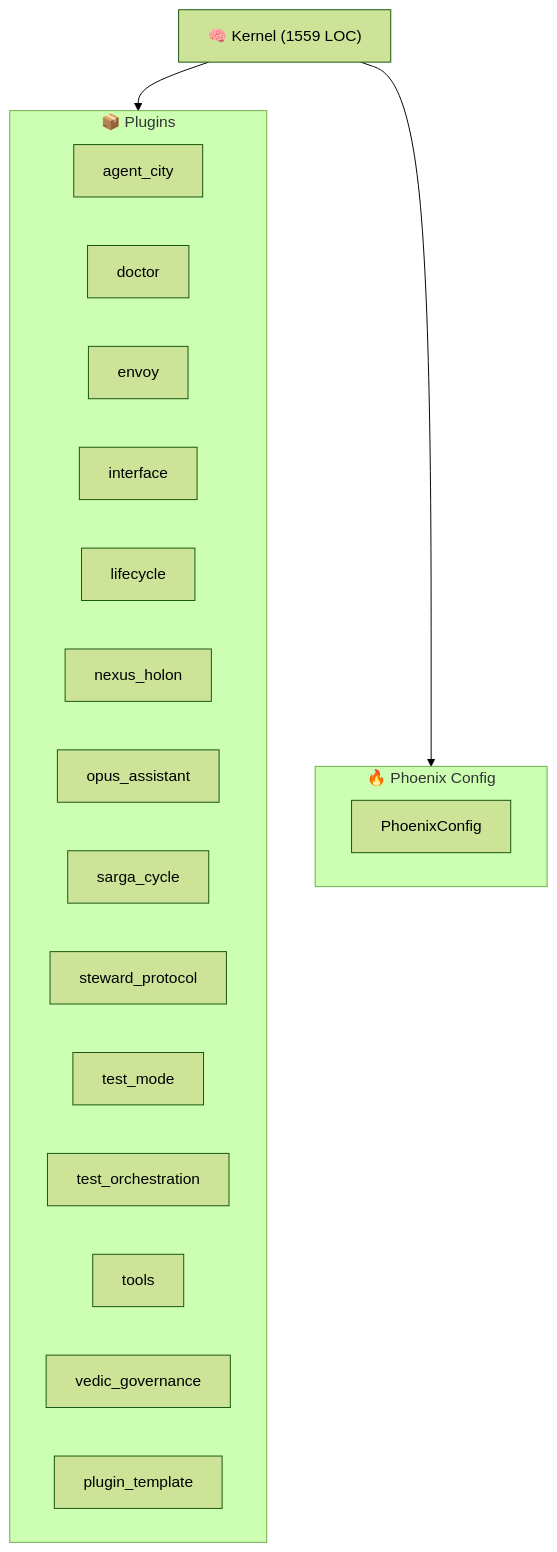
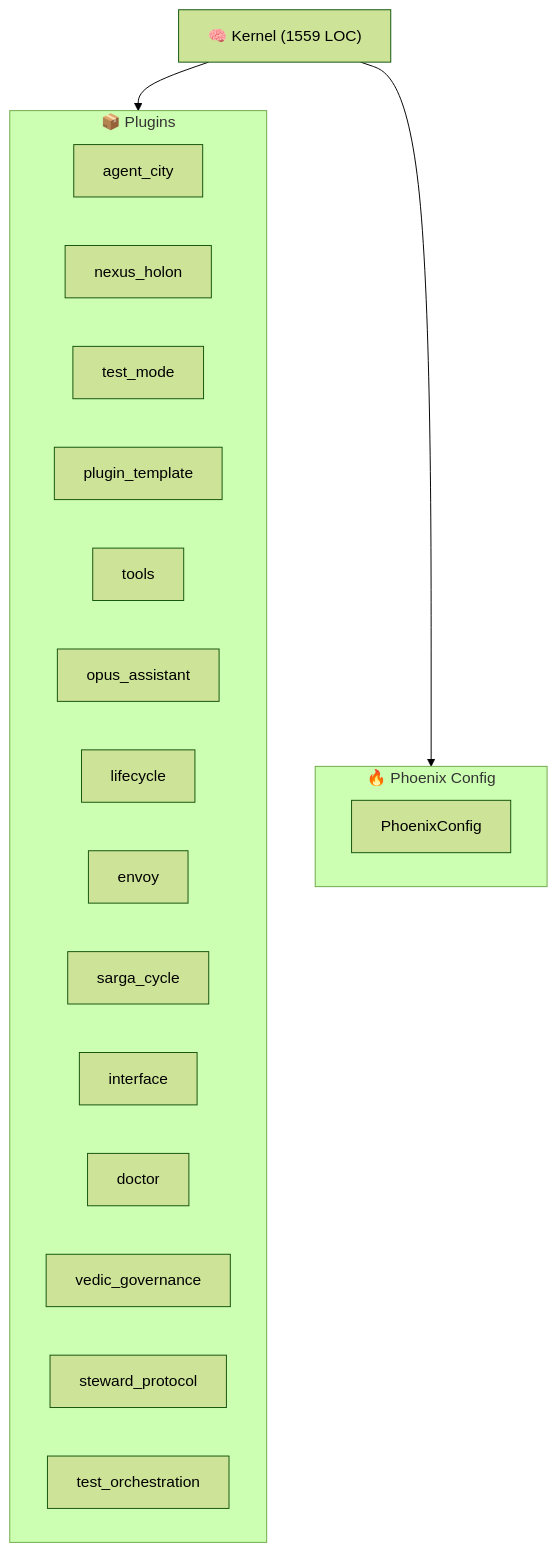
One commit to kimeisele/steward-protocol changed the diagram in ARCHITECTURE.md. Above: the diagram before and after it, drawn with Mermaid (forest theme). The commit also changed other lines of this file and 13 other files, not shown here.

````diff
--- a/ARCHITECTURE.md
+++ b/ARCHITECTURE.md
@@ -8,25 +8,25 @@
 ```mermaid
 graph TB
     K["🧠 Kernel (1559 LOC)"]
     subgraph Plugins["📦 Plugins"]
         P_agent_city["agent_city"]
+        P_nexus_holon["nexus_holon"]
+        P_test_mode["test_mode"]
+        P_plugin_template["plugin_template"]
+        P_tools["tools"]
+        P_opus_assistant["opus_assistant"]
+        P_lifecycle["lifecycle"]
+        P_envoy["envoy"]
+        P_sarga_cycle["sarga_cycle"]
+        P_interface["interface"]
         P_doctor["doctor"]
-        P_envoy["envoy"]
-        P_interface["interface"]
-        P_lifecycle["lifecycle"]
-        P_nexus_holon["nexus_holon"]
-        P_opus_assistant["opus_assistant"]
-        P_sarga_cycle["sarga_cycle"]
+        P_vedic_governance["vedic_governance"]
         P_steward_protocol["steward_protocol"]
-        P_test_mode["test_mode"]
         P_test_orchestration["test_orchestration"]
-        P_tools["tools"]
-        P_vedic_governance["vedic_governance"]
-        P_plugin_template["plugin_template"]
     end
     K --> Plugins
     subgraph Config["🔥 Phoenix Config"]
         PC[PhoenixConfig]
     end
     K --> Config
 ```
````
